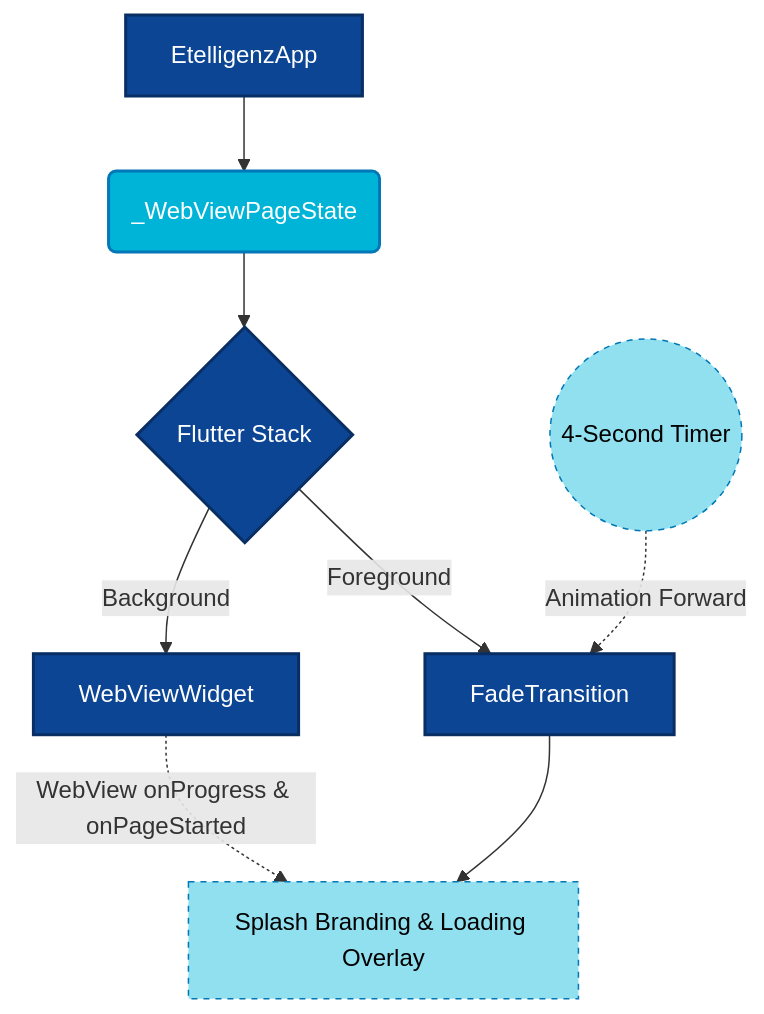
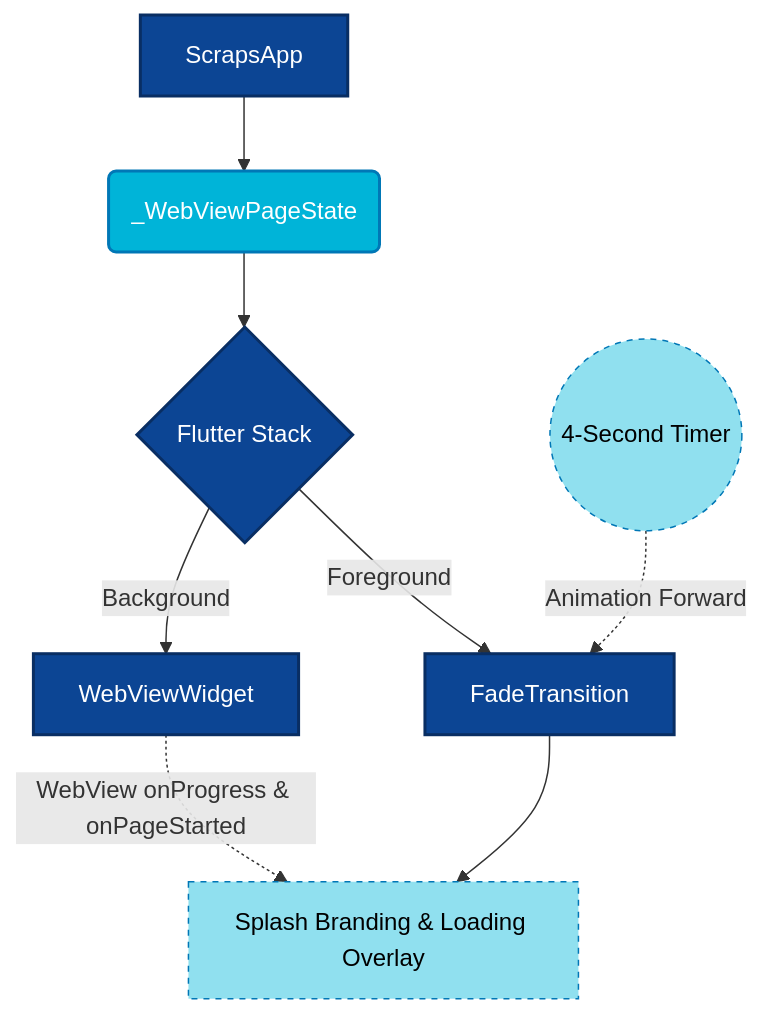
The diagram in mobile_front/README.md (carsoncarson18/POOSD_MERN_Project), drawn with Mermaid before and after one commit. The commit also changed other lines of this file, not shown here.

````diff
--- a/mobile_front/README.md
+++ b/mobile_front/README.md
@@ -17,17 +16,17 @@
 ```mermaid
 graph TD
     classDef flutter fill:#0C4594,stroke:#092e63,stroke-width:2px,color:white;
     classDef state fill:#00B4D8,stroke:#0077B6,stroke-width:2px,color:white;
     classDef action fill:#90e0ef,stroke:#0077B6,stroke-width:1px,color:black,stroke-dasharray: 4;
 
-    A[EtelligenzApp]:::flutter --> B(_WebViewPageState):::state
+    A[ScrapsApp]:::flutter --> B(_WebViewPageState):::state
     
     B --> C{Flutter Stack}:::flutter
     C -->|Background| D[WebViewWidget]:::flutter
     C -->|Foreground| E[FadeTransition]:::flutter
     
     E --> F[Splash Branding & Loading Overlay]:::state
     
     D -.->|WebView onProgress & onPageStarted| F:::action
     G((4-Second Timer)):::action -.->|Animation Forward| E
 ```
````
